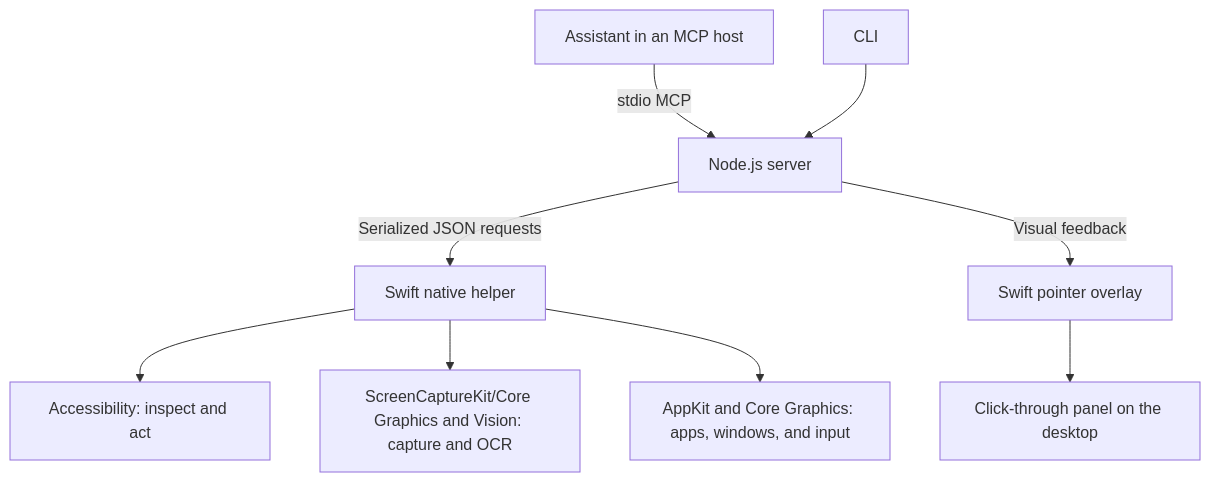
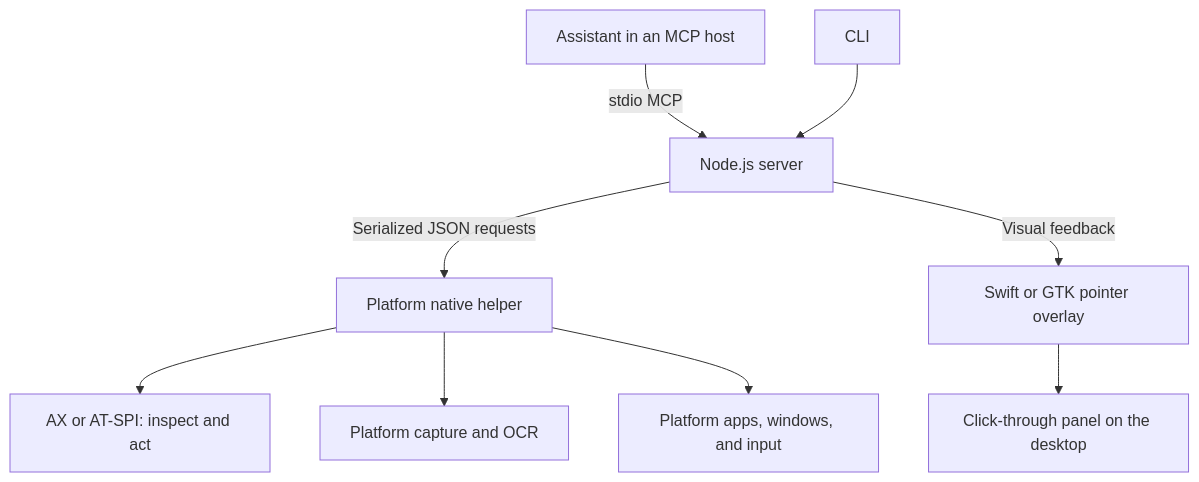
One commit to fazakis/chatuse changed the diagram in README.md. Above: the diagram before and after it, drawn with Mermaid. The commit also changed other lines of this file and 29 other files, not shown here.

````diff
--- a/README.md
+++ b/README.md
@@ -118,11 +141,11 @@
 ```mermaid
 flowchart TD
     A[Assistant in an MCP host] -->|stdio MCP| B[Node.js server]
     C[CLI] --> B
-    B -->|Serialized JSON requests| D[Swift native helper]
-    B -->|Visual feedback| E[Swift pointer overlay]
-    D --> F[Accessibility: inspect and act]
-    D --> G[ScreenCaptureKit/Core Graphics and Vision: capture and OCR]
-    D --> H[AppKit and Core Graphics: apps, windows, and input]
+    B -->|Serialized JSON requests| D[Platform native helper]
+    B -->|Visual feedback| E[Swift or GTK pointer overlay]
+    D --> F[AX or AT-SPI: inspect and act]
+    D --> G[Platform capture and OCR]
+    D --> H[Platform apps, windows, and input]
     E --> I[Click-through panel on the desktop]
 ```
````
